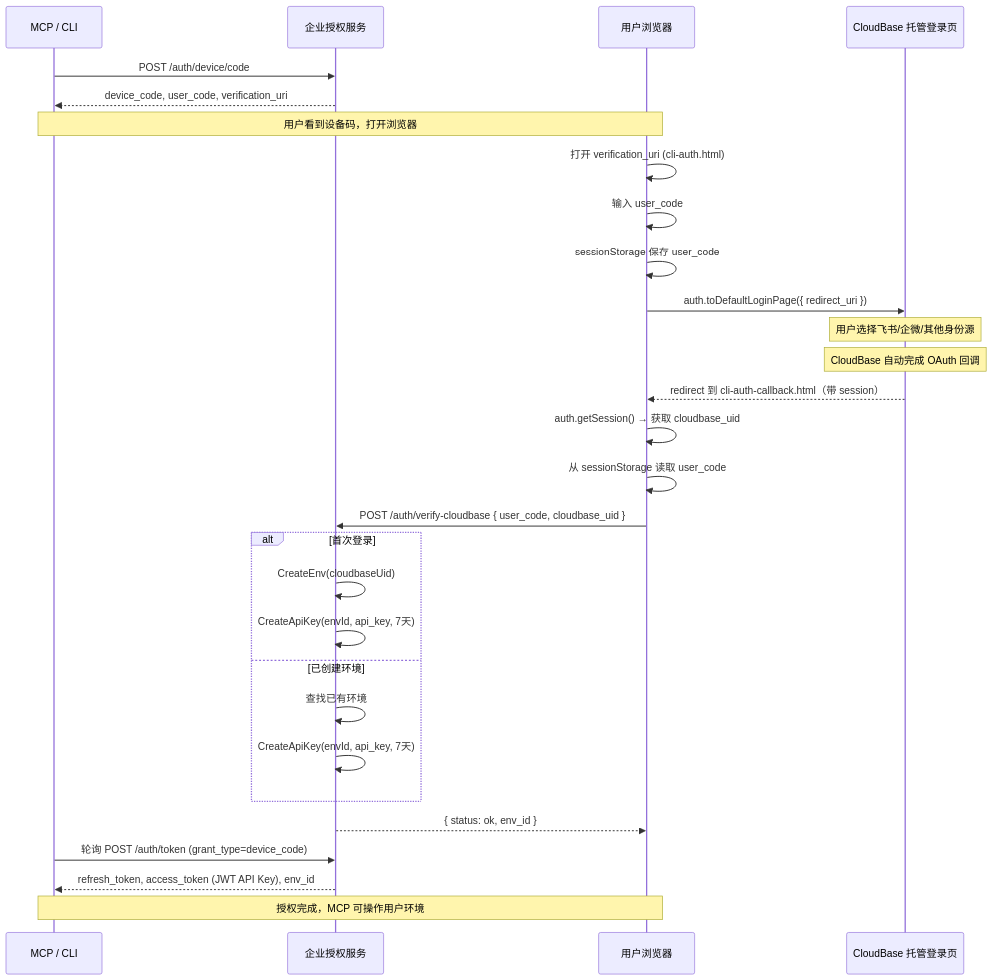
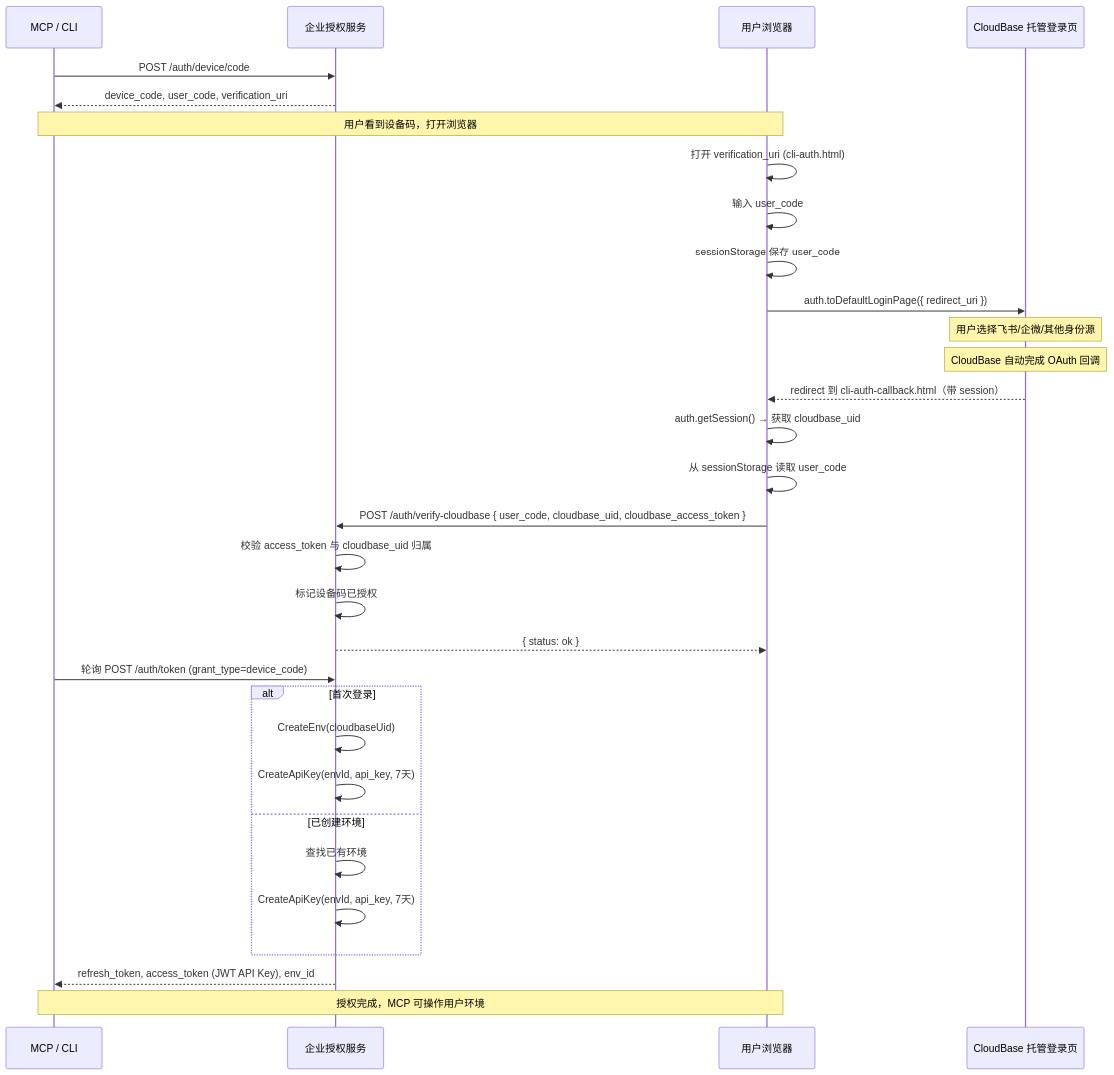
Before and after one commit to TencentCloudBase/CloudBase-AI-Toolkit: the diagram in examples/cloudbase-auth-endpoint-with-feishu/docs/protocol.md, drawn with Mermaid. The commit also changed 7 other files, not shown here.

````diff
--- a/examples/cloudbase-auth-endpoint-with-feishu/docs/protocol.md
+++ b/examples/cloudbase-auth-endpoint-with-feishu/docs/protocol.md
@@ -17,43 +17,43 @@
 ```mermaid
 sequenceDiagram
     participant MCP as MCP / CLI
     participant Auth as 企业授权服务
     participant Browser as 用户浏览器
     participant CloudBase as CloudBase 托管登录页
 
     MCP->>Auth: POST /auth/device/code
     Auth-->>MCP: device_code, user_code, verification_uri
 
     note over MCP,Browser: 用户看到设备码，打开浏览器
 
     Browser->>Browser: 打开 verification_uri (cli-auth.html)
     Browser->>Browser: 输入 user_code
     Browser->>Browser: sessionStorage 保存 user_code
     
     Browser->>CloudBase: auth.toDefaultLoginPage({ redirect_uri })
 
     note over CloudBase: 用户选择飞书/企微/其他身份源
     note over CloudBase: CloudBase 自动完成 OAuth 回调
 
     CloudBase-->>Browser: redirect 到 cli-auth-callback.html（带 session）
 
     Browser->>Browser: auth.getSession() → 获取 cloudbase_uid
     Browser->>Browser: 从 sessionStorage 读取 user_code
 
-    Browser->>Auth: POST /auth/verify-cloudbase { user_code, cloudbase_uid }
+    Browser->>Auth: POST /auth/verify-cloudbase { user_code, cloudbase_uid, cloudbase_access_token }
+    Auth->>Auth: 校验 access_token 与 cloudbase_uid 归属
+    Auth->>Auth: 标记设备码已授权
+    Auth-->>Browser: { status: ok }
 
+    MCP->>Auth: 轮询 POST /auth/token (grant_type=device_code)
     alt 首次登录
         Auth->>Auth: CreateEnv(cloudbaseUid)
         Auth->>Auth: CreateApiKey(envId, api_key, 7天)
     else 已创建环境
         Auth->>Auth: 查找已有环境
         Auth->>Auth: CreateApiKey(envId, api_key, 7天)
     end
-
-    Auth-->>Browser: { status: ok, env_id }
-
-    MCP->>Auth: 轮询 POST /auth/token (grant_type=device_code)
     Auth-->>MCP: refresh_token, access_token (JWT API Key), env_id
 
     note over MCP,Browser: 授权完成，MCP 可操作用户环境
 ```
````
